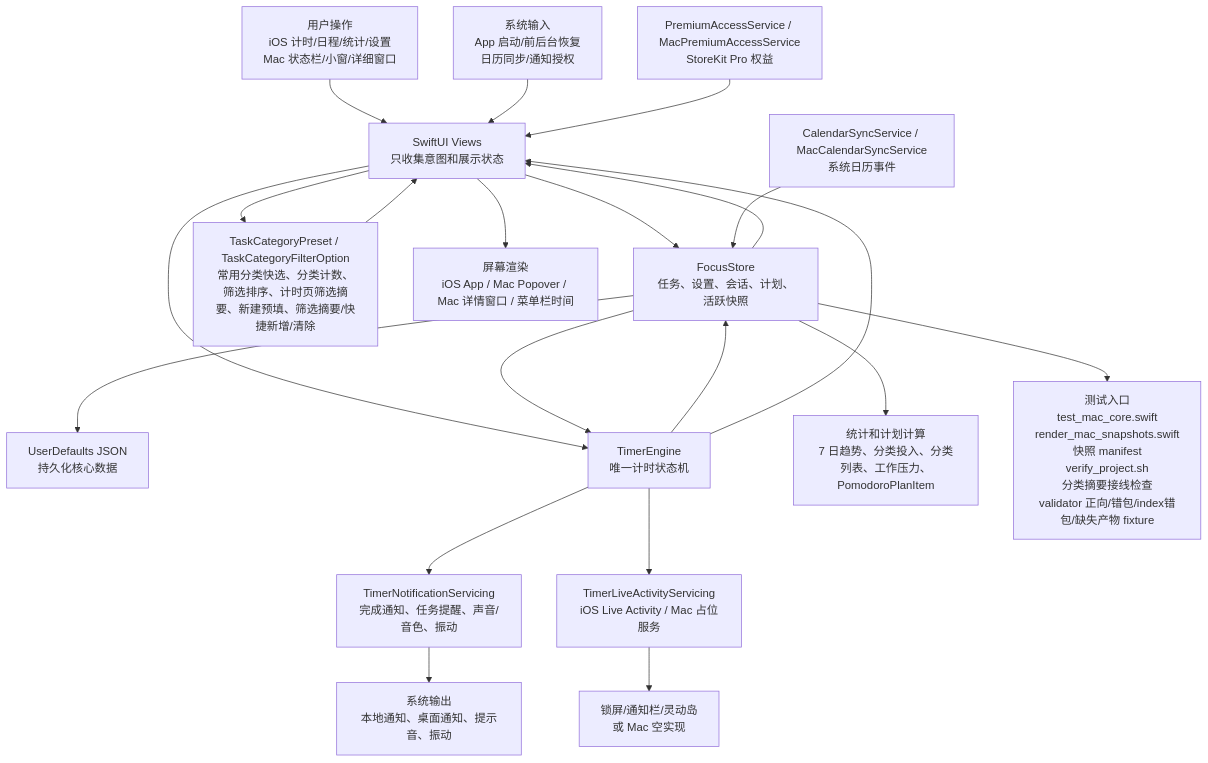
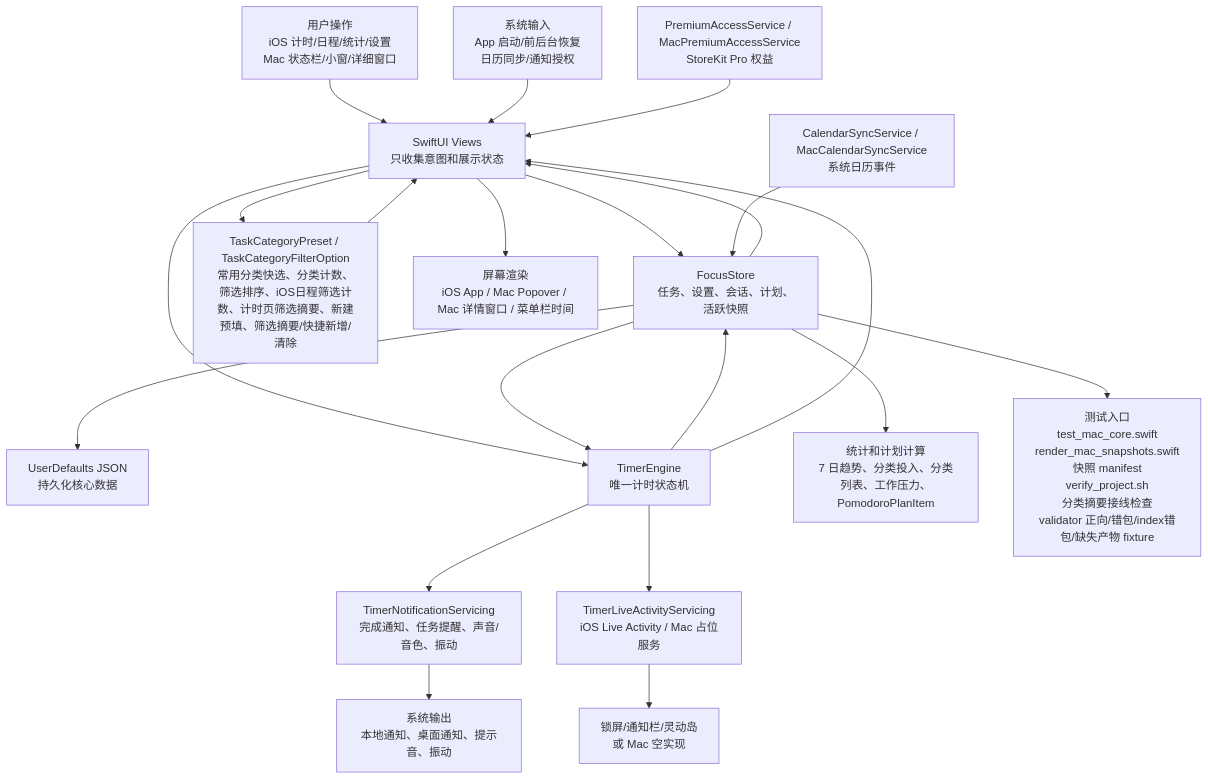
One commit to Altman-sam114/114 changed the first of 6 diagrams in md/flow/flowchart.md. Above: the diagram before and after it, drawn with Mermaid. The commit also changed other lines of this file and 7 other files, not shown here.

````diff
--- a/md/flow/flowchart.md
+++ b/md/flow/flowchart.md
@@ -9,23 +9,23 @@
 ```mermaid
 flowchart TD
   U["用户操作<br/>iOS 计时/日程/统计/设置<br/>Mac 状态栏/小窗/详细窗口"] --> V["SwiftUI Views<br/>只收集意图和展示状态"]
   SYS["系统输入<br/>App 启动/前后台恢复<br/>日历同步/通知授权"] --> V
   V --> S["FocusStore<br/>任务、设置、会话、计划、活跃快照"]
-  V --> CAT["TaskCategoryPreset / TaskCategoryFilterOption<br/>常用分类快选、分类计数、筛选排序、计时页筛选摘要、新建预填、筛选摘要/快捷新增/清除"]
+  V --> CAT["TaskCategoryPreset / TaskCategoryFilterOption<br/>常用分类快选、分类计数、筛选排序、iOS日程筛选计数、计时页筛选摘要、新建预填、筛选摘要/快捷新增/清除"]
   CAT --> V
   S --> P["UserDefaults JSON<br/>持久化核心数据"]
   V --> E["TimerEngine<br/>唯一计时状态机"]
   S --> E
   E --> S
   E --> N["TimerNotificationServicing<br/>完成通知、任务提醒、声音/音色、振动"]
   E --> L["TimerLiveActivityServicing<br/>iOS Live Activity / Mac 占位服务"]
   S --> C["统计和计划计算<br/>7 日趋势、分类投入、分类列表、工作压力、PomodoroPlanItem"]
   CAL["CalendarSyncService / MacCalendarSyncService<br/>系统日历事件"] --> S
   PRO["PremiumAccessService / MacPremiumAccessService<br/>StoreKit Pro 权益"] --> V
   S --> V
   E --> V
   V --> OUT["屏幕渲染<br/>iOS App / Mac Popover / Mac 详情窗口 / 菜单栏时间"]
   N --> OUT2["系统输出<br/>本地通知、桌面通知、提示音、振动"]
   L --> OUT3["锁屏/通知栏/灵动岛<br/>或 Mac 空实现"]
   S --> T["测试入口<br/>test_mac_core.swift<br/>render_mac_snapshots.swift<br/>快照 manifest<br/>verify_project.sh<br/>分类摘要接线检查<br/>validator 正向/错包/index错包/缺失产物 fixture"]
 ```
````
